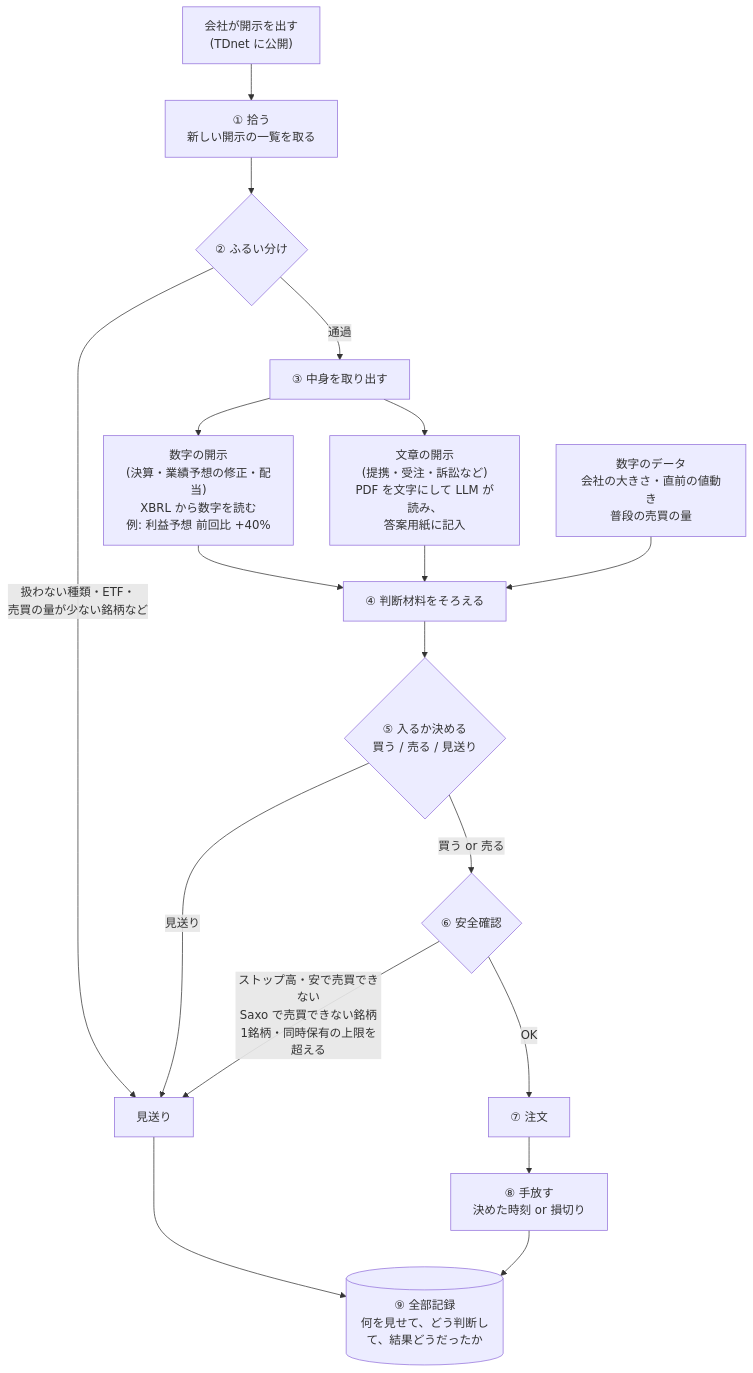
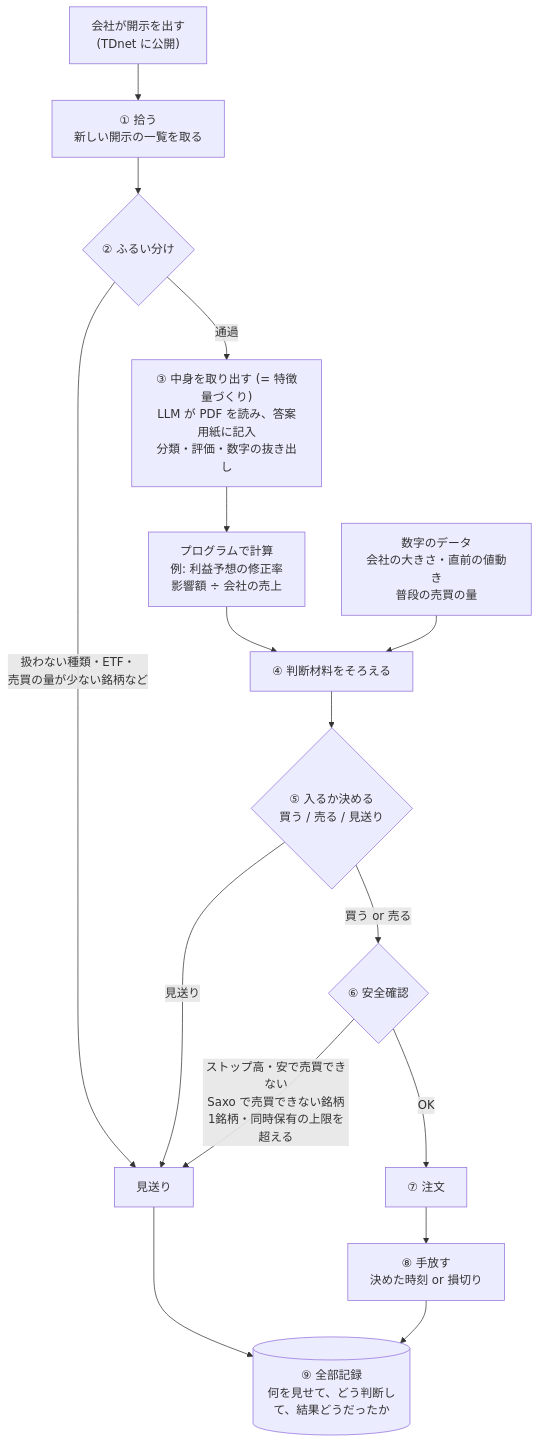
One commit to hirosyrup/alchemy-stock changed the first of 3 diagrams in docs/PLAN.md. Above: the diagram before and after it, drawn with Mermaid. The commit also changed other lines of this file, not shown here.

````diff
--- a/docs/PLAN.md
+++ b/docs/PLAN.md
@@ -22,24 +22,22 @@
 ```mermaid
 flowchart TD
     A["会社が開示を出す<br/>(TDnet に公開)"] --> B["① 拾う<br/>新しい開示の一覧を取る"]
     B --> C{"② ふるい分け"}
     C -- "扱わない種類・ETF・<br/>売買の量が少ない銘柄など" --> X["見送り"]
-    C -- "通過" --> D["③ 中身を取り出す"]
+    C -- "通過" --> D["③ 中身を取り出す (= 特徴量づくり)<br/>LLM が PDF を読み、答案用紙に記入<br/>分類・評価・数字の抜き出し"]
 
-    D --> D1["数字の開示<br/>(決算・業績予想の修正・配当)<br/>XBRL から数字を読む<br/>例: 利益予想 前回比 +40%"]
-    D --> D2["文章の開示<br/>(提携・受注・訴訟など)<br/>PDF を文字にして LLM が読み、<br/>答案用紙に記入"]
+    D --> D1["プログラムで計算<br/>例: 利益予想の修正率<br/>影響額 ÷ 会社の売上"]
 
     D1 --> E["④ 判断材料をそろえる"]
-    D2 --> E
     F["数字のデータ<br/>会社の大きさ・直前の値動き<br/>普段の売買の量"] --> E
 
     E --> G{"⑤ 入るか決める<br/>買う / 売る / 見送り"}
     G -- "見送り" --> X
     G -- "買う or 売る" --> H{"⑥ 安全確認"}
     H -- "ストップ高・安で売買できない<br/>Saxo で売買できない銘柄<br/>1銘柄・同時保有の上限を超える" --> X
     H -- "OK" --> I["⑦ 注文"]
     I --> J["⑧ 手放す<br/>決めた時刻 or 損切り"]
 
     X --> K[("⑨ 全部記録<br/>何を見せて、どう判断して、結果どうだったか")]
     J --> K
 ```
````
